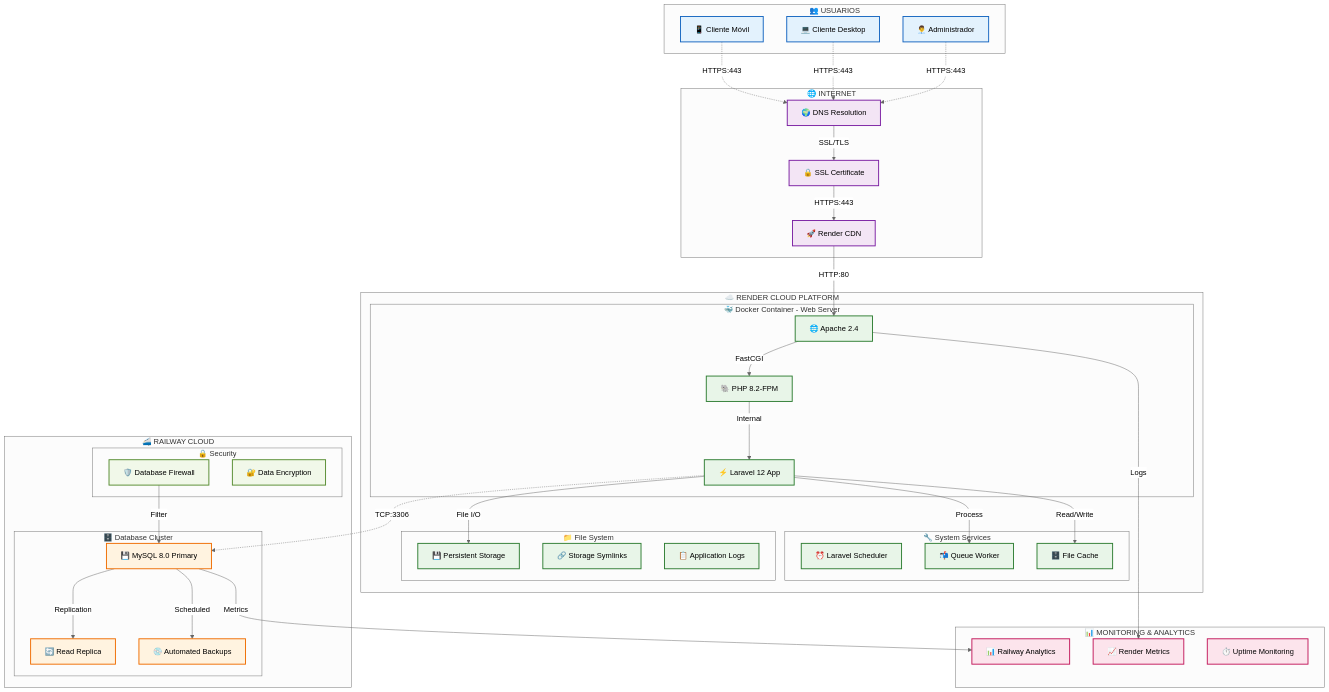
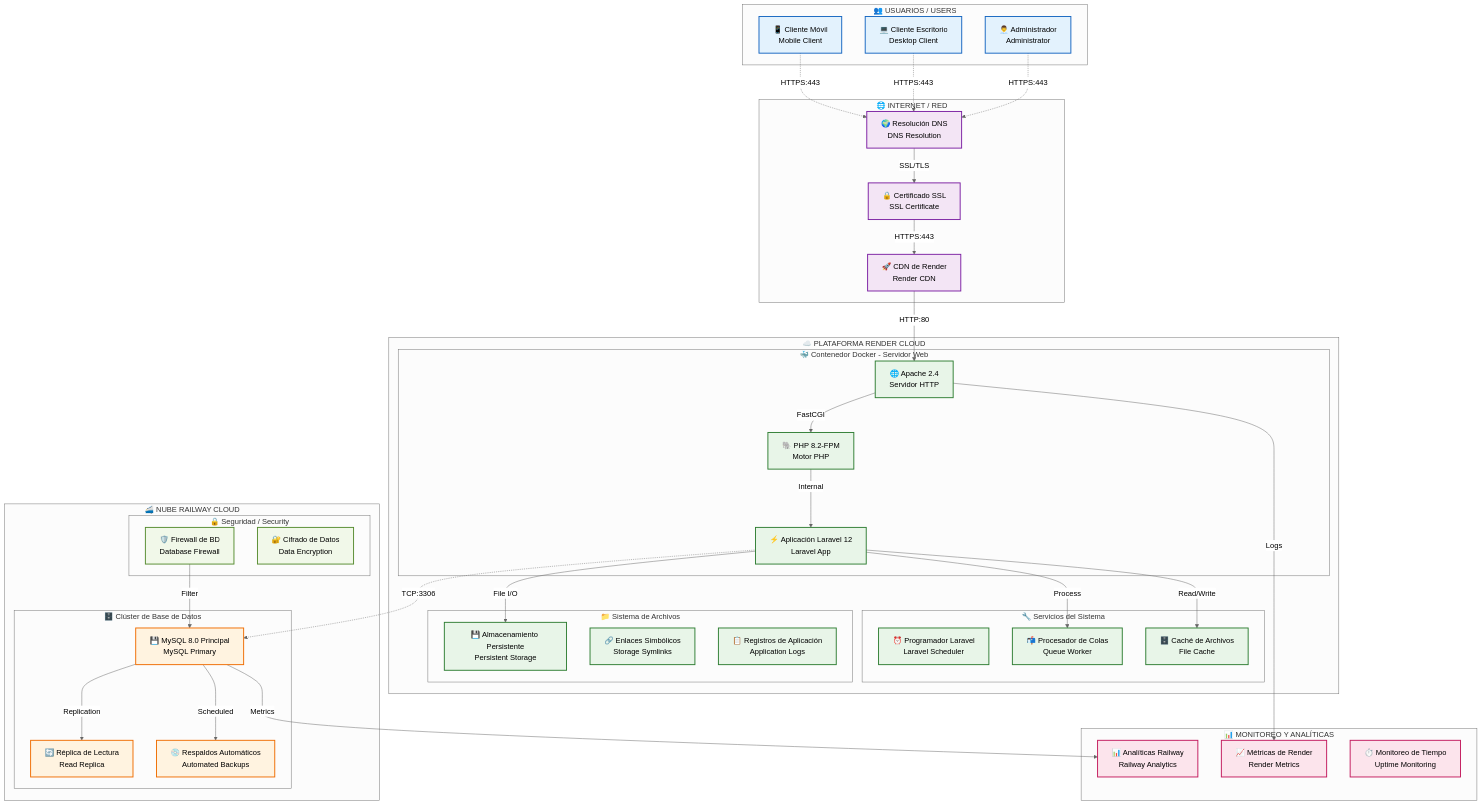
One commit to CarlitosErnesto21/AgenciaVasir changed the first of 3 diagrams in DIAGRAMA_DESPLIEGUE_COMPLETO.md. Above: the diagram before and after it, drawn with Mermaid (neutral theme). The commit also changed other lines of this file, not shown here.

Commit message:
diagrama de despliegue

````diff
--- a/DIAGRAMA_DESPLIEGUE_COMPLETO.md
+++ b/DIAGRAMA_DESPLIEGUE_COMPLETO.md
@@ -5,59 +5,59 @@
 ```mermaid
 graph TB
     %% CAPA DE USUARIO
-    subgraph "👥 USUARIOS"
-        USER1[📱 Cliente Móvil]
-        USER2[💻 Cliente Desktop]
-        USER3[👨‍💼 Administrador]
+    subgraph "👥 USUARIOS / USERS"
+        USER1[📱 Cliente Móvil<br/>Mobile Client]
+        USER2[💻 Cliente Escritorio<br/>Desktop Client]
+        USER3[👨‍💼 Administrador<br/>Administrator]
     end
 
     %% CAPA DE RED/INTERNET
-    subgraph "🌐 INTERNET"
-        CDN[🚀 Render CDN]
-        SSL[🔒 SSL Certificate]
-        DNS[🌍 DNS Resolution]
+    subgraph "🌐 INTERNET / RED"
+        CDN[🚀 CDN de Render<br/>Render CDN]
+        SSL[🔒 Certificado SSL<br/>SSL Certificate]
+        DNS[🌍 Resolución DNS<br/>DNS Resolution]
     end
 
     %% CAPA DE APLICACIÓN (RENDER)
-    subgraph "☁️ RENDER CLOUD PLATFORM"
-        subgraph "🐳 Docker Container - Web Server"
-            APACHE[🌐 Apache 2.4]
-            PHP[🐘 PHP 8.2-FPM]
-            LARAVEL[⚡ Laravel 12 App]
+    subgraph "☁️ PLATAFORMA RENDER CLOUD"
+        subgraph "🐳 Contenedor Docker - Servidor Web"
+            APACHE[🌐 Apache 2.4<br/>Servidor HTTP]
+            PHP[🐘 PHP 8.2-FPM<br/>Motor PHP]
+            LARAVEL[⚡ Aplicación Laravel 12<br/>Laravel App]
         end
         
-        subgraph "📁 File System"
-            STORAGE[💾 Persistent Storage]
-            SYMLINK[🔗 Storage Symlinks]
-            LOGS[📋 Application Logs]
+        subgraph "📁 Sistema de Archivos"
+            STORAGE[💾 Almacenamiento Persistente<br/>Persistent Storage]
+            SYMLINK[🔗 Enlaces Simbólicos<br/>Storage Symlinks]
+            LOGS[📋 Registros de Aplicación<br/>Application Logs]
         end
         
-        subgraph "🔧 System Services"
-            CRON[⏰ Laravel Scheduler]
-            QUEUE[📬 Queue Worker]
-            CACHE[🗄️ File Cache]
+        subgraph "🔧 Servicios del Sistema"
+            CRON[⏰ Programador Laravel<br/>Laravel Scheduler]
+            QUEUE[📬 Procesador de Colas<br/>Queue Worker]
+            CACHE[🗄️ Caché de Archivos<br/>File Cache]
         end
     end
 
     %% CAPA DE BASE DE DATOS (RAILWAY)
-    subgraph "🚄 RAILWAY CLOUD"
-        subgraph "🗄️ Database Cluster"
-            MYSQL[💾 MySQL 8.0 Primary]
-            BACKUP[💿 Automated Backups]
-            REPLICA[🔄 Read Replica]
+    subgraph "🚄 NUBE RAILWAY CLOUD"
+        subgraph "🗄️ Clúster de Base de Datos"
+            MYSQL[💾 MySQL 8.0 Principal<br/>MySQL Primary]
+            BACKUP[💿 Respaldos Automáticos<br/>Automated Backups]
+            REPLICA[🔄 Réplica de Lectura<br/>Read Replica]
         end
         
-        subgraph "🔒 Security"
-            FIREWALL[🛡️ Database Firewall]
-            ENCRYPT[🔐 Data Encryption]
+        subgraph "🔒 Seguridad / Security"
+            FIREWALL[🛡️ Firewall de BD<br/>Database Firewall]
+            ENCRYPT[🔐 Cifrado de Datos<br/>Data Encryption]
         end
     end
 
     %% CAPA DE MONITOREO
-    subgraph "📊 MONITORING & ANALYTICS"
-        RENDER_LOGS[📈 Render Metrics]
-        RAILWAY_METRICS[📊 Railway Analytics]
-        UPTIME[⏱️ Uptime Monitoring]
+    subgraph "📊 MONITOREO Y ANALÍTICAS"
+        RENDER_LOGS[📈 Métricas de Render<br/>Render Metrics]
+        RAILWAY_METRICS[📊 Analíticas Railway<br/>Railway Analytics]
+        UPTIME[⏱️ Monitoreo de Tiempo<br/>Uptime Monitoring]
     end
 
     %% CONEXIONES CON PROTOCOLOS Y PUERTOS
````
